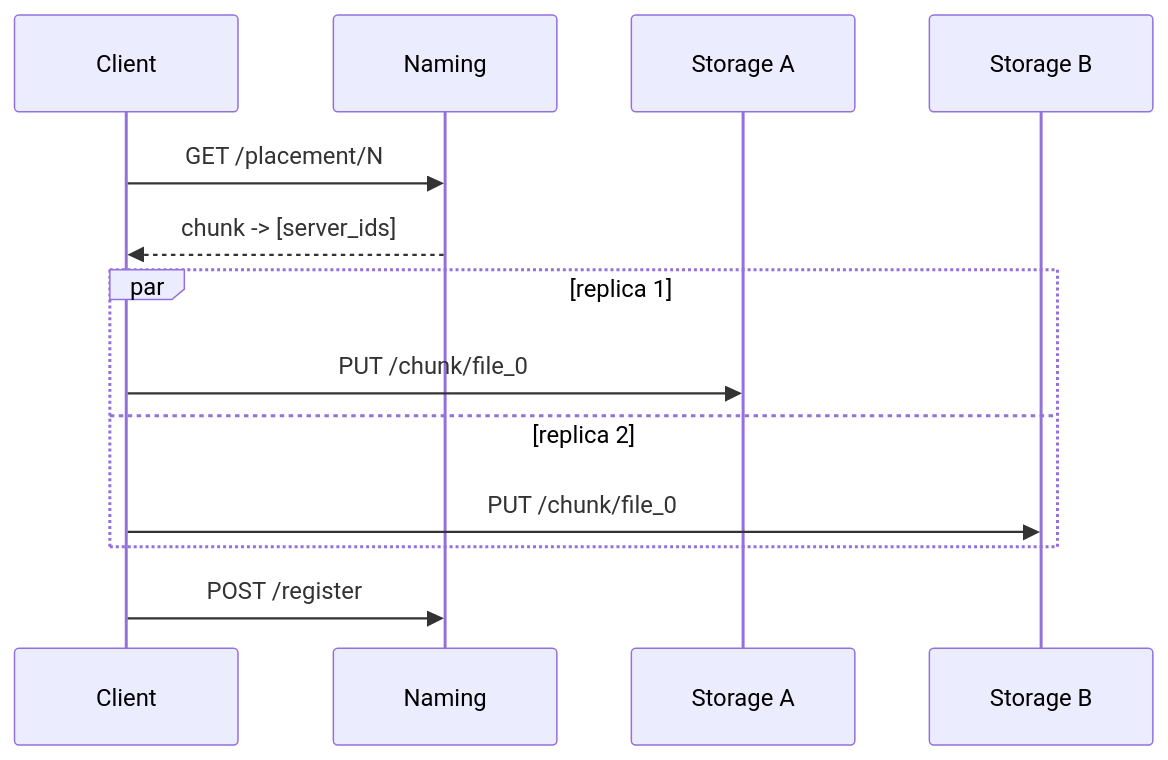
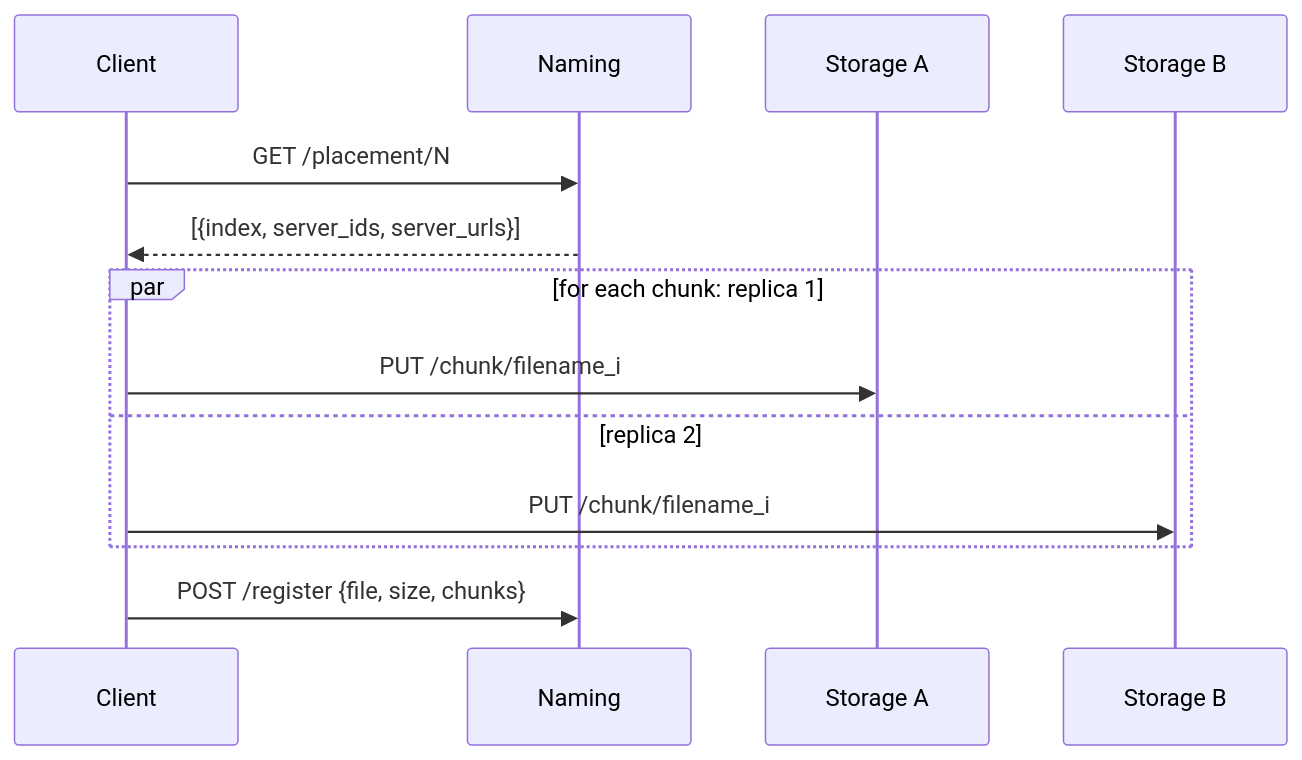
Before and after one commit to DanielUH2019/distributed-file-system: the second of 2 diagrams in docs/ARCHITECTURE.md, drawn with Mermaid. The commit also changed other lines of this file and 2 other files, not shown here.

Commit message:
M5: architecture and fault-tolerance docs (full stack)

````diff
--- a/docs/ARCHITECTURE.md
+++ b/docs/ARCHITECTURE.md
@@ -33,15 +34,15 @@
 ```mermaid
 sequenceDiagram
     participant C as Client
     participant N as Naming
     participant A as Storage A
     participant B as Storage B
     C->>N: GET /placement/N
-    N-->>C: chunk -> [server_ids]
-    par replica 1
-        C->>A: PUT /chunk/file_0
+    N-->>C: [{index, server_ids, server_urls}]
+    par for each chunk: replica 1
+        C->>A: PUT /chunk/filename_i
     and replica 2
-        C->>B: PUT /chunk/file_0
+        C->>B: PUT /chunk/filename_i
     end
-    C->>N: POST /register
+    C->>N: POST /register {file, size, chunks}
 ```
````
